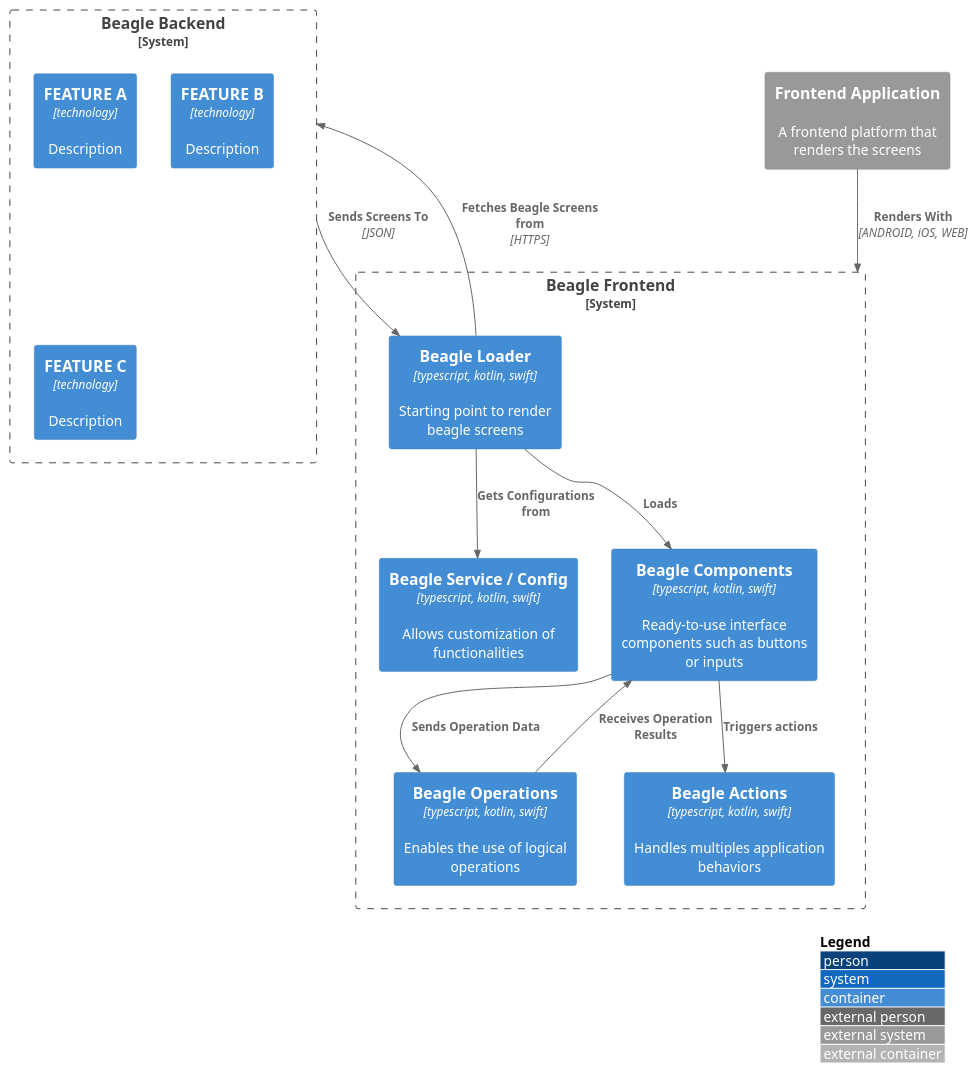
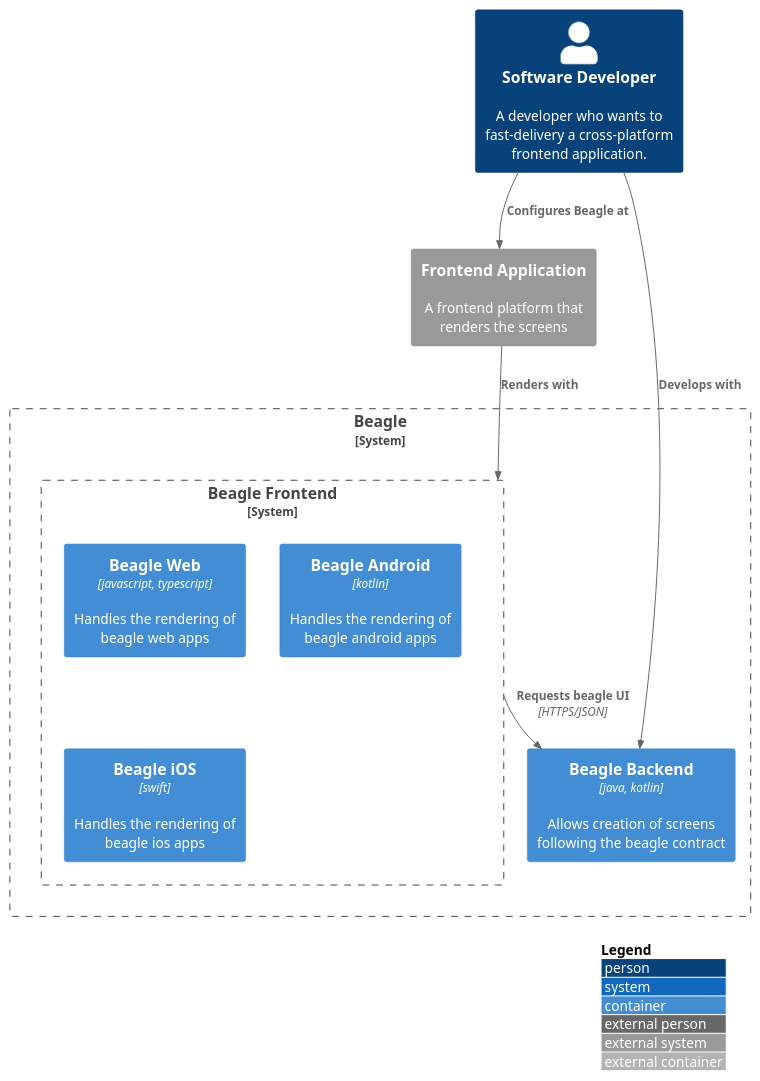
Before and after one commit to hectorcustodiozup/Beagle-C4-Model: the diagram in src/C2 - Containers/beagle-frontend.container.puml, drawn with PlantUML. The commit also changed 2 other files, not shown here.

Commit message:
Updates diagrams

```diff
--- a/src/C2 - Containers/beagle-frontend.container.puml
+++ b/src/C2 - Containers/beagle-frontend.container.puml
@@ -1,32 +1,26 @@
 @startuml
 !include https://raw.githubusercontent.com/adrianvlupu/C4-PlantUML/latest/C4_Container.puml
 
 LAYOUT_WITH_LEGEND()
 
-System_Boundary(beagle_backend, "Beagle Backend") {
-    Container(fea, "FEATURE A", "technology", "Description")
-    Container(feb, "FEATURE B", "technology", "Description")
-    Container(fec, "FEATURE C", "technology", "Description")
-}
-
-System_Boundary(beagle_frontend, "Beagle Frontend") {
-    Container(beagle_action, "Beagle Actions", "typescript, kotlin, swift", "Handles multiples application behaviors")
-    Container(beagle_operation, "Beagle Operations", "typescript, kotlin, swift", "Enables the use of logical operations")
-    Container(beagle_service, "Beagle Service / Config", "typescript, kotlin, swift", "Allows customization of functionalities")
-    Container(beagle_loader, "Beagle Loader", "typescript, kotlin, swift", "Starting point to render beagle screens")
-    Container(beagle_components, "Beagle Components", "typescript, kotlin, swift", "Ready-to-use interface components such as buttons or inputs")
-
+System_Boundary(beagle, "Beagle") {
+  
+    Container(beagle_backend, "Beagle Backend", "java, kotlin", "Allows creation of screens following the beagle contract")
     
-    Rel(beagle_loader, beagle_service, "Gets Configurations from")
-    Rel(beagle_components, beagle_operation, "Sends Operation Data")
-    Rel(beagle_operation, beagle_components, "Receives Operation Results")
-    Rel(beagle_components, beagle_action, "Triggers actions")
-    Rel(beagle_loader, beagle_components, "Loads")
+    System_Boundary(beagle_frontend, "Beagle Frontend") {
+      
+    Container(beagle_web_core, "Beagle Web", "javascript, typescript", "Handles the rendering of beagle web apps")
+      Container(beagle_android, "Beagle Android", "kotlin", "Handles the rendering of beagle android apps")
+      Container(beagle_ios, "Beagle iOS", "swift", "Handles the rendering of beagle ios apps")
+    }
 }
 
 System_Ext(frontend_app, "Frontend Application", "A frontend platform that renders the screens")
+Person(software_developer, "Software Developer", "A developer who wants to fast-delivery a cross-platform frontend application.")
 
-Rel(frontend_app, beagle_frontend, "Renders With", "ANDROID, iOS, WEB")
-Rel(beagle_loader, beagle_backend, "Fetches Beagle Screens from", "HTTPS")
-Rel(beagle_backend, beagle_loader, "Sends Screens To", "JSON")
+Rel(software_developer, beagle_backend, "Develops with")
+Rel(beagle_frontend, beagle_backend, "Requests beagle UI","HTTPS/JSON")
+Rel(frontend_app, beagle_frontend, "Renders with")
+Rel(software_developer, frontend_app, "Configures Beagle at")
+
 @enduml
```
